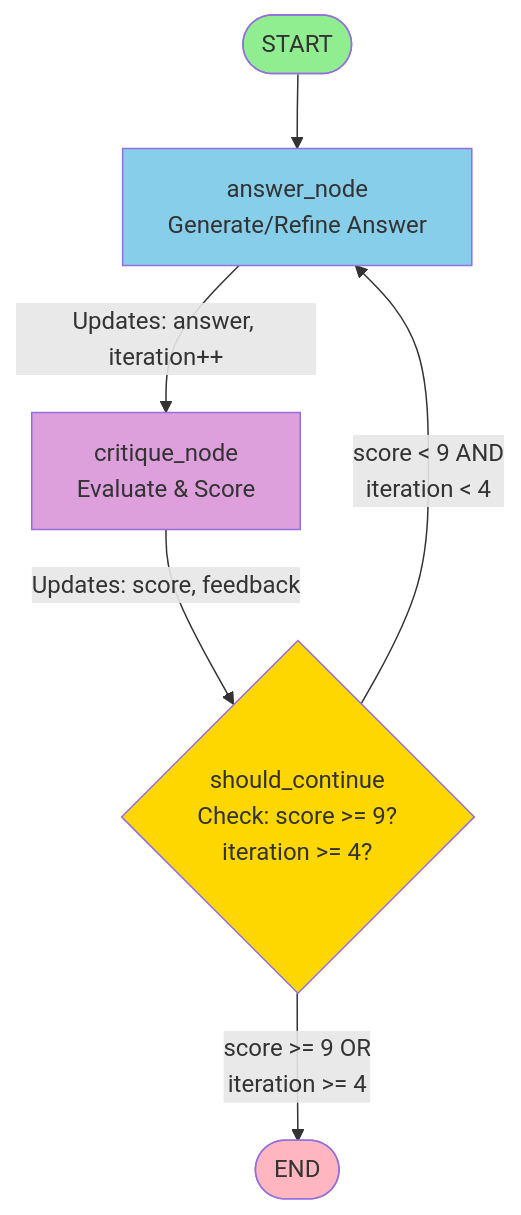
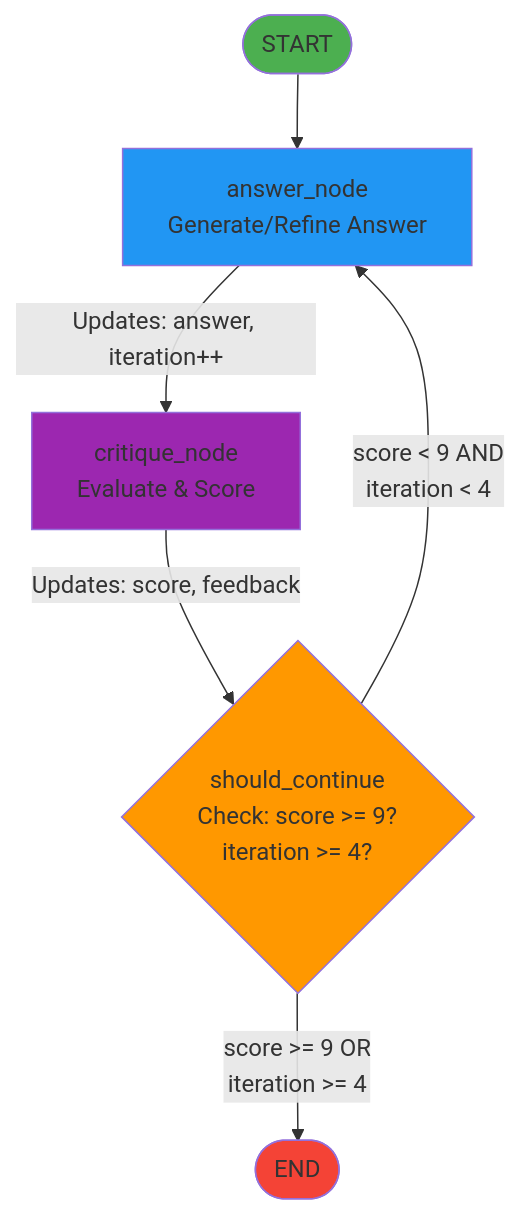
The first of 3 diagrams in simple-two-agent-flow/README.md (athapar/langgraph-mini-projects), drawn with Mermaid before and after one commit. The commit also changed 1 other file, not shown here.

Commit message:
Changing color scheme for visibility

````diff
--- a/simple-two-agent-flow/README.md
+++ b/simple-two-agent-flow/README.md
@@ -35,17 +35,17 @@
 ```mermaid
 graph TD
     START([START]) --> answer[answer_node<br/>Generate/Refine Answer]
     
     answer --> |Updates: answer, iteration++| critique[critique_node<br/>Evaluate & Score]
     
     critique --> |Updates: score, feedback| decision{should_continue<br/>Check: score >= 9?<br/>iteration >= 4?}
     
     decision -->|score < 9 AND<br/>iteration < 4| answer
     decision -->|score >= 9 OR<br/>iteration >= 4| END([END])
     
-    style START fill:#90EE90
-    style END fill:#FFB6C1
-    style answer fill:#87CEEB
-    style critique fill:#DDA0DD
-    style decision fill:#FFD700
+    style START fill:#4CAF50
+    style END fill:#F44336
+    style answer fill:#2196F3
+    style critique fill:#9C27B0
+    style decision fill:#FF9800
 ```
````
